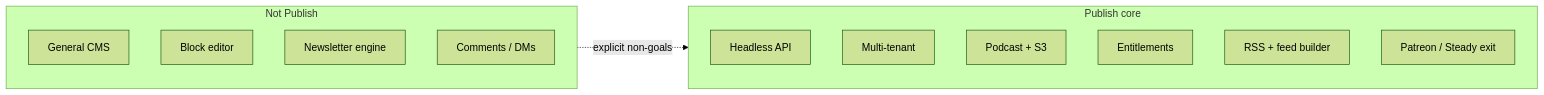
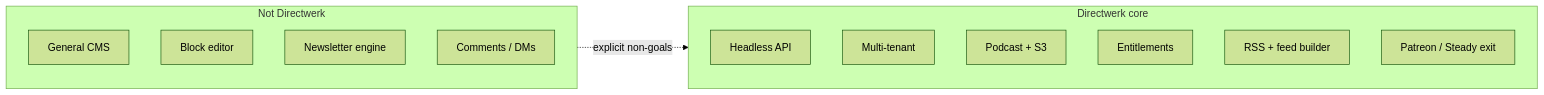
One commit to LucaNerlich/directwerk changed the second of 2 diagrams in docs/ghost-positioning.md. Above: the diagram before and after it, drawn with Mermaid (forest theme). The commit also changed other lines of this file and 495 other files, not shown here.

Commit message:
rename publish to directwerk

````diff
--- a/docs/ghost-positioning.md
+++ b/docs/ghost-positioning.md
@@ -151,20 +151,20 @@
 ```mermaid
 flowchart LR
-    subgraph not_us [Not Publish]
+    subgraph not_us [Not Directwerk]
         CMS[General CMS]
         Editor[Block editor]
         Email[Newsletter engine]
         Community[Comments / DMs]
     end
 
-    subgraph us [Publish core]
+    subgraph us [Directwerk core]
         API[Headless API]
         MT[Multi-tenant]
         Pod[Podcast + S3]
         Ent[Entitlements]
         RSS[RSS + feed builder]
         Mig[Patreon / Steady exit]
     end
 
     not_us -.->|explicit non-goals| us
 ```
````
